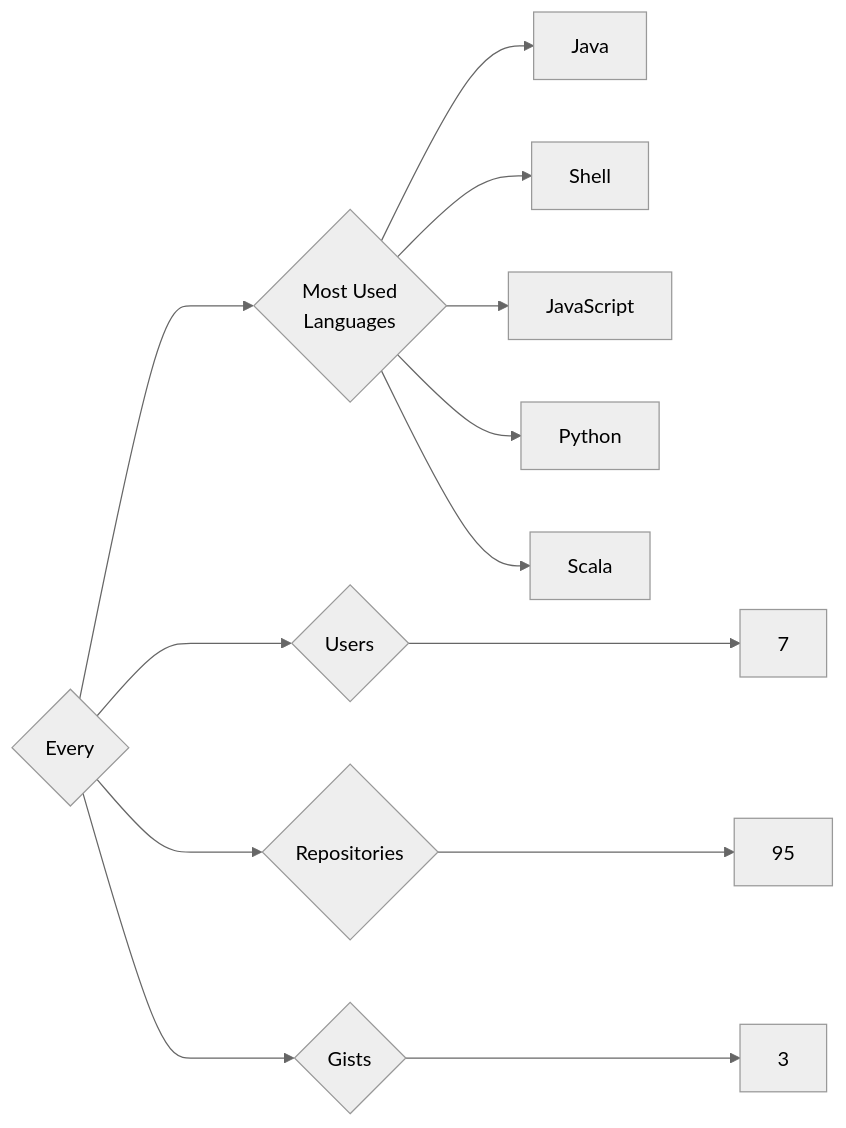
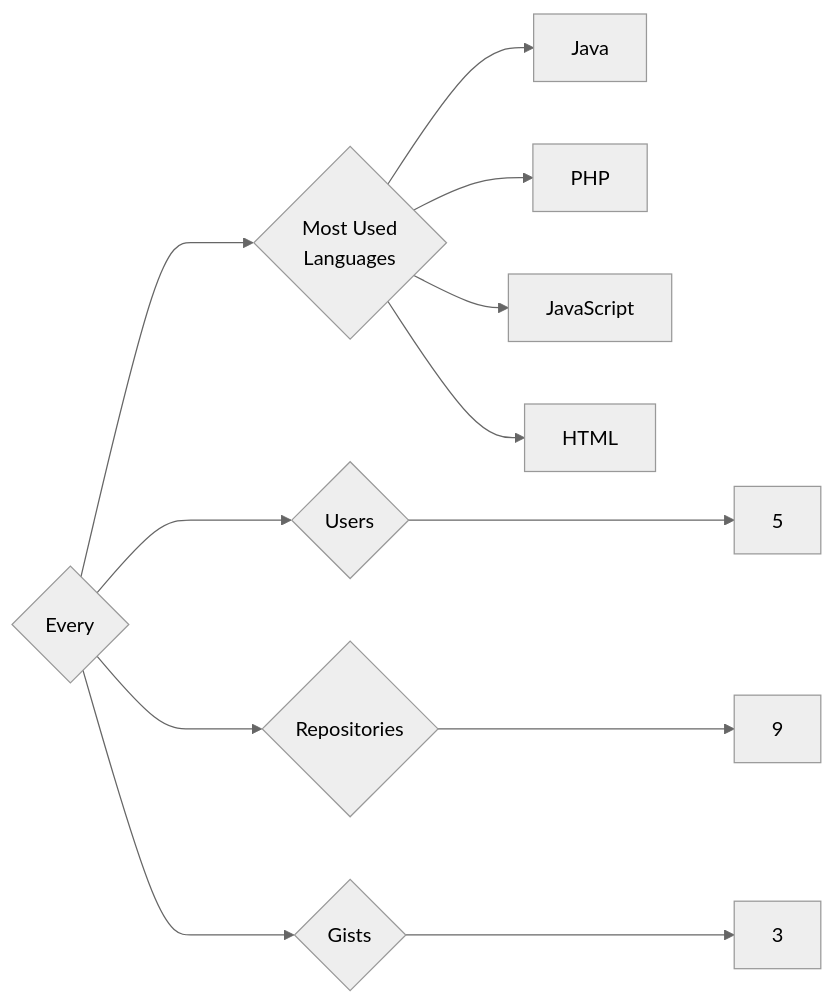
The diagram in targets/Every/README.md (trickest/insiders), drawn with Mermaid (neutral theme) before and after one commit. The commit also changed 894 other files, not shown here.

````diff
--- a/targets/Every/README.md
+++ b/targets/Every/README.md
@@ -3,13 +3,12 @@
 ```mermaid
 graph LR
 COMPANY_NAME{Every}
-COMPANY_NAME ---> U{Users} ---> UN[7]
-COMPANY_NAME ---> R{Repositories} ---> RN[95]
+COMPANY_NAME ---> U{Users} ---> UN[5]
+COMPANY_NAME ---> R{Repositories} ---> RN[9]
 COMPANY_NAME ---> G{Gists} ---> GN[3]
 COMPANY_NAME ---> ML{Most Used<br>Languages}
 ML --> Java[Java]
-ML --> Shell[Shell]
+ML --> PHP[PHP]
 ML --> JavaScript[JavaScript]
-ML --> Python[Python]
-ML --> Scala[Scala]
+ML --> HTML[HTML]
 ```
````
